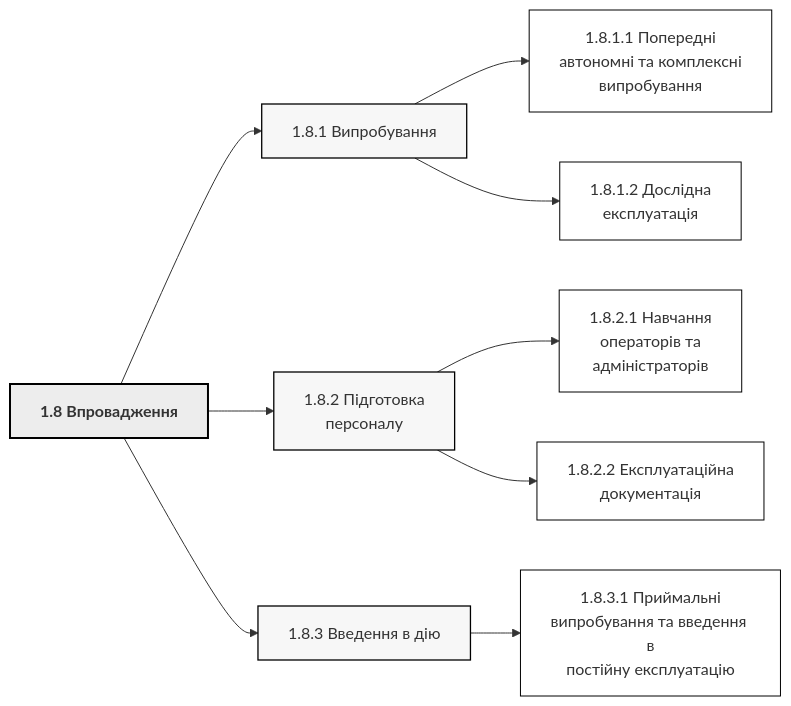
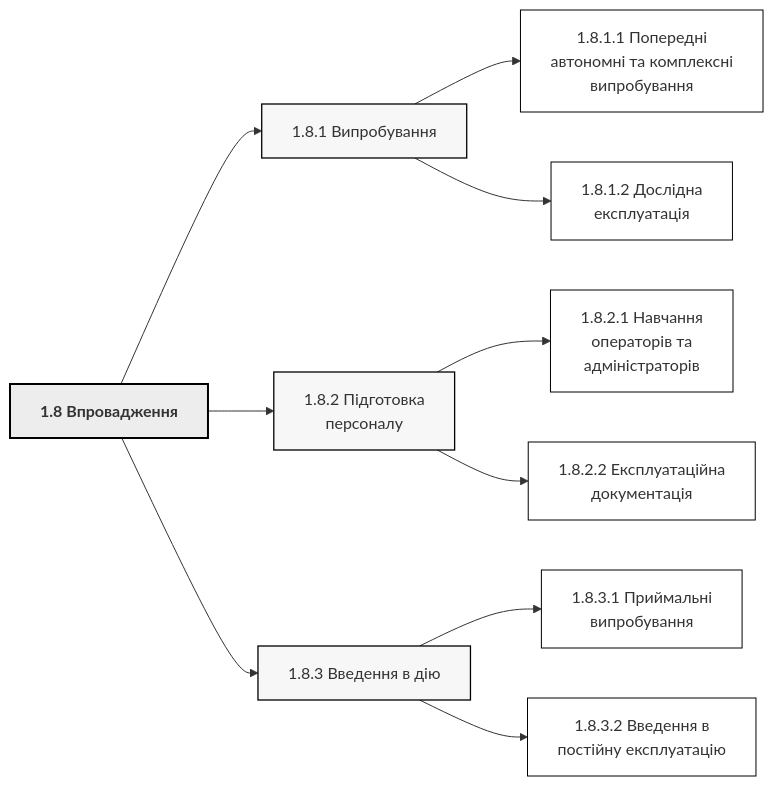
One commit to KravAvfv/-_2026 changed the diagram in lab1/diagrams/15_wbs_1_8.mmd. Above: the diagram before and after it, drawn with Mermaid. The commit also changed 82 other files, not shown here.

```diff
--- a/lab1/diagrams/15_wbs_1_8.mmd
+++ b/lab1/diagrams/15_wbs_1_8.mmd
@@ -1,24 +1,26 @@
 flowchart LR
   classDef l0 fill:#D9D9D9,stroke:#000,stroke-width:2.5px,font-weight:bold;
   classDef l1 fill:#EDEDED,stroke:#000,stroke-width:2px,font-weight:bold;
   classDef l2 fill:#F7F7F7,stroke:#000,stroke-width:1.3px;
   classDef l3 fill:#FFFFFF,stroke:#000,stroke-width:1px;
   classDef alt fill:#FFFFFF,stroke:#000,stroke-width:1px,stroke-dasharray:6 4;
 
   N1_8["1.8 Впровадження"]:::l1
   N1_8_1["1.8.1 Випробування"]:::l2
   N1_8 --> N1_8_1
   N1_8_1_1["1.8.1.1 Попередні<br/>автономні та комплексні<br/>випробування"]:::l3
   N1_8_1 --> N1_8_1_1
   N1_8_1_2["1.8.1.2 Дослідна<br/>експлуатація"]:::l3
   N1_8_1 --> N1_8_1_2
   N1_8_2["1.8.2 Підготовка<br/>персоналу"]:::l2
   N1_8 --> N1_8_2
   N1_8_2_1["1.8.2.1 Навчання<br/>операторів та<br/>адміністраторів"]:::l3
   N1_8_2 --> N1_8_2_1
   N1_8_2_2["1.8.2.2 Експлуатаційна<br/>документація"]:::l3
   N1_8_2 --> N1_8_2_2
   N1_8_3["1.8.3 Введення в дію"]:::l2
   N1_8 --> N1_8_3
-  N1_8_3_1["1.8.3.1 Приймальні<br/>випробування та введення в<br/>постійну експлуатацію"]:::l3
+  N1_8_3_1["1.8.3.1 Приймальні<br/>випробування"]:::l3
   N1_8_3 --> N1_8_3_1
+  N1_8_3_2["1.8.3.2 Введення в<br/>постійну експлуатацію"]:::l3
+  N1_8_3 --> N1_8_3_2
```
